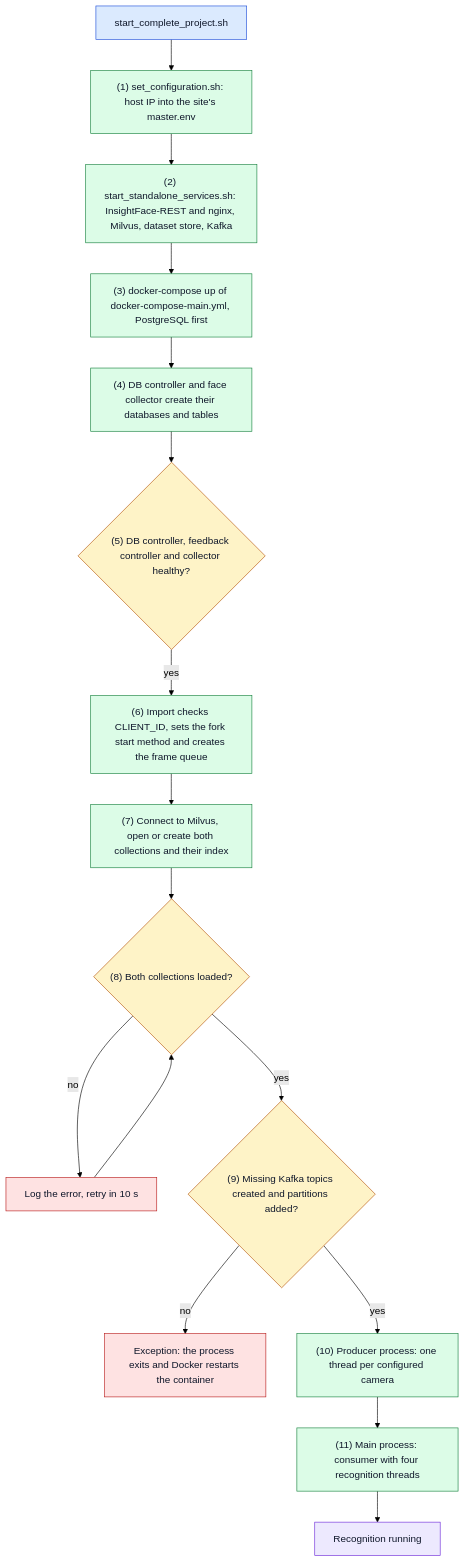
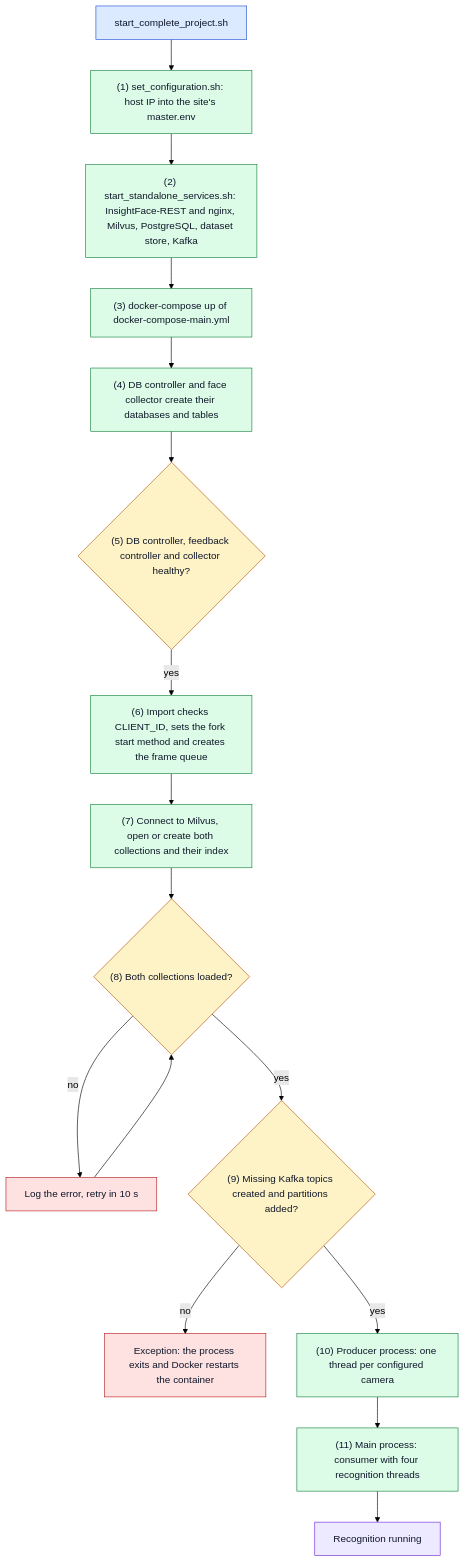
Before and after one commit to hamza-aziz-ai/CCTV-Face-Recognition-Attendance-System: the first of 8 diagrams in docs/FLOW.md, drawn with Mermaid (forest theme). The commit also changed other lines of this file and 11 other files, not shown here.

````diff
--- a/docs/FLOW.md
+++ b/docs/FLOW.md
@@ -26,32 +26,32 @@
 ```mermaid
 flowchart TB
     START["`start_complete_project.sh`"]:::entry
     CFG["`(1) set_configuration.sh: host IP into the site's master.env`"]:::step
-    SA["`(2) start_standalone_services.sh: InsightFace-REST and nginx, Milvus, dataset store, Kafka`"]:::step
-    UP["`(3) docker-compose up of docker-compose-main.yml, PostgreSQL first`"]:::step
+    SA["`(2) start_standalone_services.sh: InsightFace-REST and nginx, Milvus, PostgreSQL, dataset store, Kafka`"]:::step
+    UP["`(3) docker-compose up of docker-compose-main.yml`"]:::step
     INIT["`(4) DB controller and face collector create their databases and tables`"]:::step
     WAITDEP{"`(5) DB controller, feedback controller and collector healthy?`"}:::decision
     FORK["`(6) Import checks CLIENT_ID, sets the fork start method and creates the frame queue`"]:::step
     MV["`(7) Connect to Milvus, open or create both collections and their index`"]:::step
     LOAD{"`(8) Both collections loaded?`"}:::decision
     RETRY["`Log the error, retry in 10 s`"]:::error
     TOPICS{"`(9) Missing Kafka topics created and partitions added?`"}:::decision
     CRASH["`Exception: the process exits and Docker restarts the container`"]:::error
     PROD["`(10) Producer process: one thread per configured camera`"]:::step
     CONS["`(11) Main process: consumer with four recognition threads`"]:::step
     RUN["`Recognition running`"]:::outcome
 
     START --> CFG --> SA --> UP --> INIT --> WAITDEP
     WAITDEP -->|"`yes`"| FORK --> MV --> LOAD
     LOAD -->|"`no`"| RETRY --> LOAD
     LOAD -->|"`yes`"| TOPICS
     TOPICS -->|"`no`"| CRASH
     TOPICS -->|"`yes`"| PROD --> CONS --> RUN
 
     classDef entry fill:#dbeafe,stroke:#1d4ed8,color:#0f172a
     classDef step fill:#dcfce7,stroke:#15803d,color:#0f172a
     classDef decision fill:#fef3c7,stroke:#b45309,color:#0f172a
     classDef outcome fill:#ede9fe,stroke:#6d28d9,color:#0f172a
     classDef error fill:#fee2e2,stroke:#b91c1c,color:#0f172a
     classDef store fill:#f1f5f9,stroke:#475569,color:#0f172a
 ```
````
